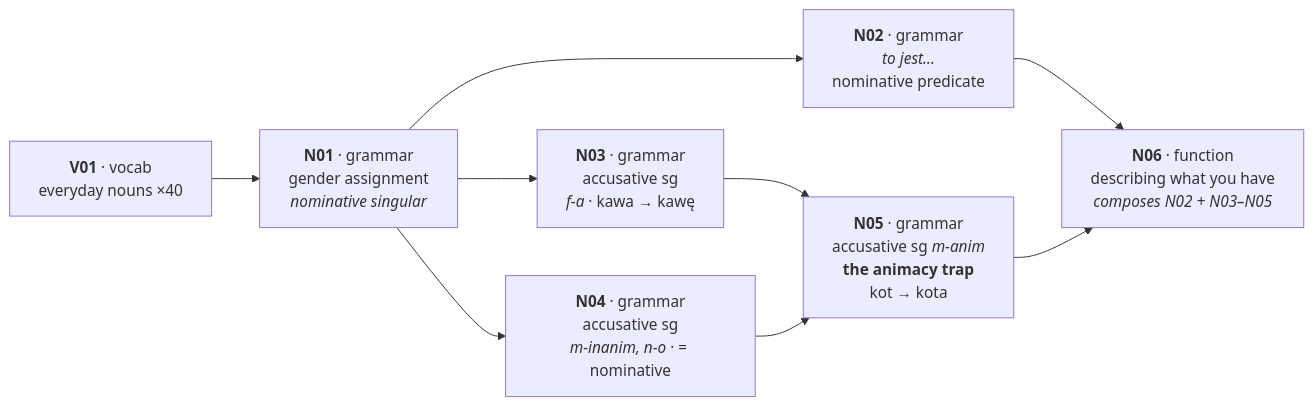
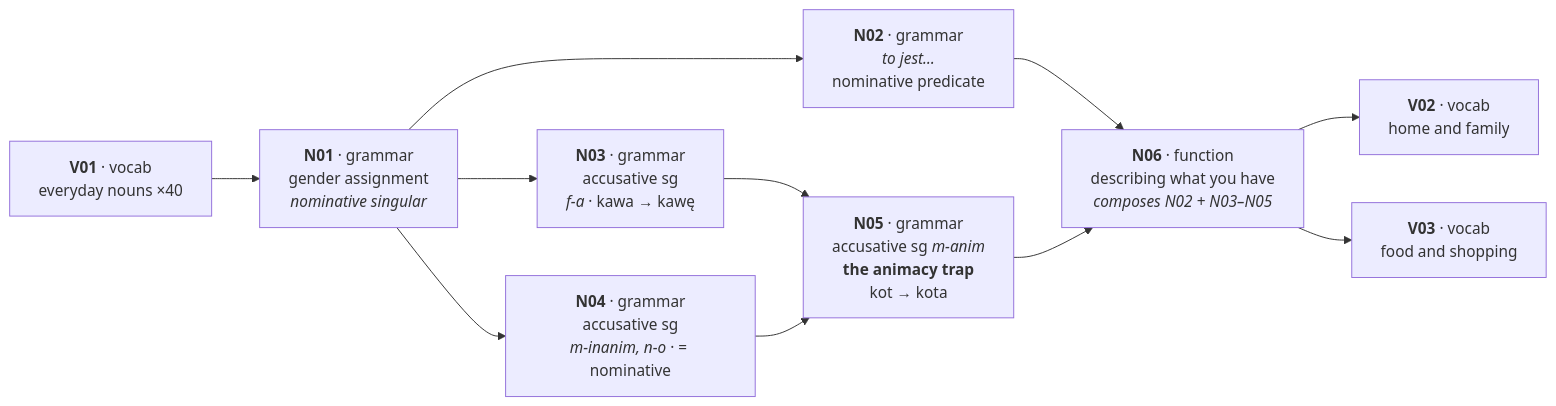
One commit to patrykkulik/Polish_learning_platform changed the third of 3 diagrams in docs/design/polish-learning-platform-v1.md. Above: the diagram before and after it, drawn with Mermaid. The commit also changed other lines of this file and 10 other files, not shown here.

First line of the commit message:
More words, and the graph learns to carry them

````diff
--- a/docs/design/polish-learning-platform-v1.md
+++ b/docs/design/polish-learning-platform-v1.md
@@ -1026,11 +1123,13 @@
 ```mermaid
 flowchart LR
     V01["<b>V01</b> · vocab<br/>everyday nouns ×40"] --> N01
     N01["<b>N01</b> · grammar<br/>gender assignment<br/><i>nominative singular</i>"] --> N02["<b>N02</b> · grammar<br/><i>to jest…</i><br/>nominative predicate"]
     N01 --> N03["<b>N03</b> · grammar<br/>accusative sg<br/><i>f-a</i> · kawa → kawę"]
     N01 --> N04["<b>N04</b> · grammar<br/>accusative sg<br/><i>m-inanim, n-o</i> · = nominative"]
     N03 --> N05
     N04 --> N05["<b>N05</b> · grammar<br/>accusative sg <i>m-anim</i><br/><b>the animacy trap</b><br/>kot → kota"]
     N02 --> N06
     N05 --> N06["<b>N06</b> · function<br/>describing what you have<br/><i>composes N02 + N03–N05</i>"]
+    N06 --> V02["<b>V02</b> · vocab<br/>home and family"]
+    N06 --> V03["<b>V03</b> · vocab<br/>food and shopping"]
 ```
````
